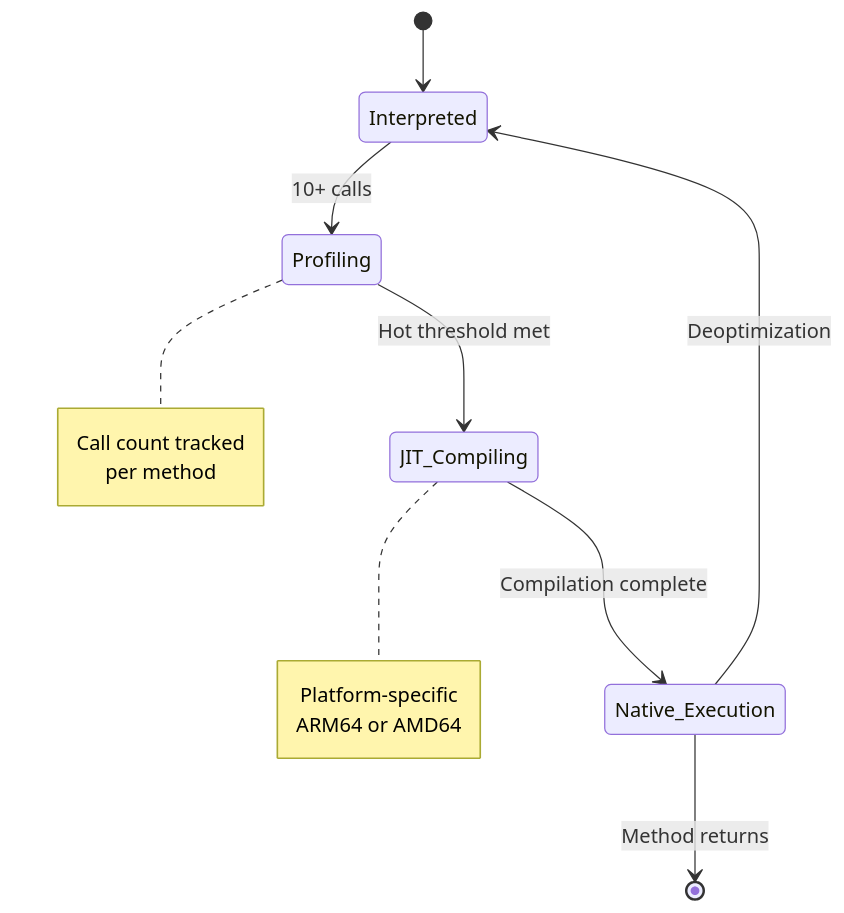
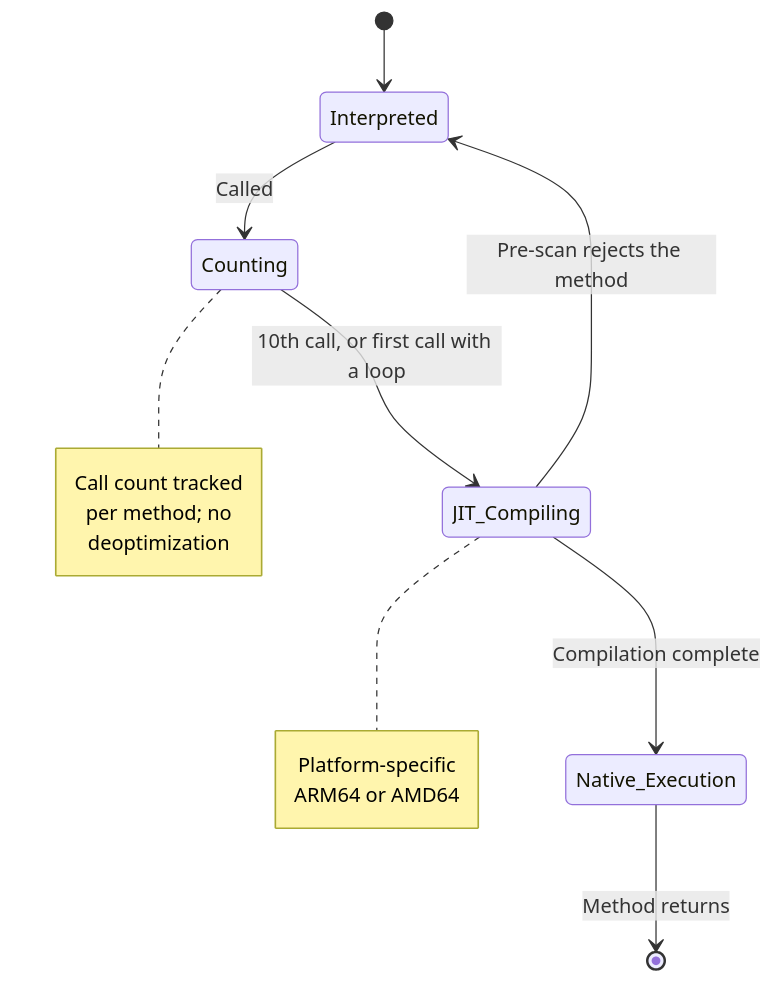
Before and after one commit to objeck/objeck-lang: the fifth of 24 diagrams in docs/architecture.md, drawn with Mermaid. The commit also changed other lines of this file and 8 other files, not shown here.

First line of the commit message:
docs: refresh architecture, JIT and index docs

````diff
--- a/docs/architecture.md
+++ b/docs/architecture.md
@@ -261,19 +268,20 @@
 ```mermaid
 stateDiagram-v2
     [*] --> Interpreted
-    Interpreted --> Profiling: 10+ calls
-    Profiling --> JIT_Compiling: Hot threshold met
+    Interpreted --> Counting: Called
+    Counting --> JIT_Compiling: 10th call, or first call with a loop
+    JIT_Compiling --> Interpreted: Pre-scan rejects the method
     JIT_Compiling --> Native_Execution: Compilation complete
     Native_Execution --> [*]: Method returns
-    Native_Execution --> Interpreted: Deoptimization
 
-    note right of Profiling
+    note right of Counting
         Call count tracked
-        per method
+        per method; no
+        deoptimization
     end note
 
     note right of JIT_Compiling
         Platform-specific
         ARM64 or AMD64
     end note
 ```
````
